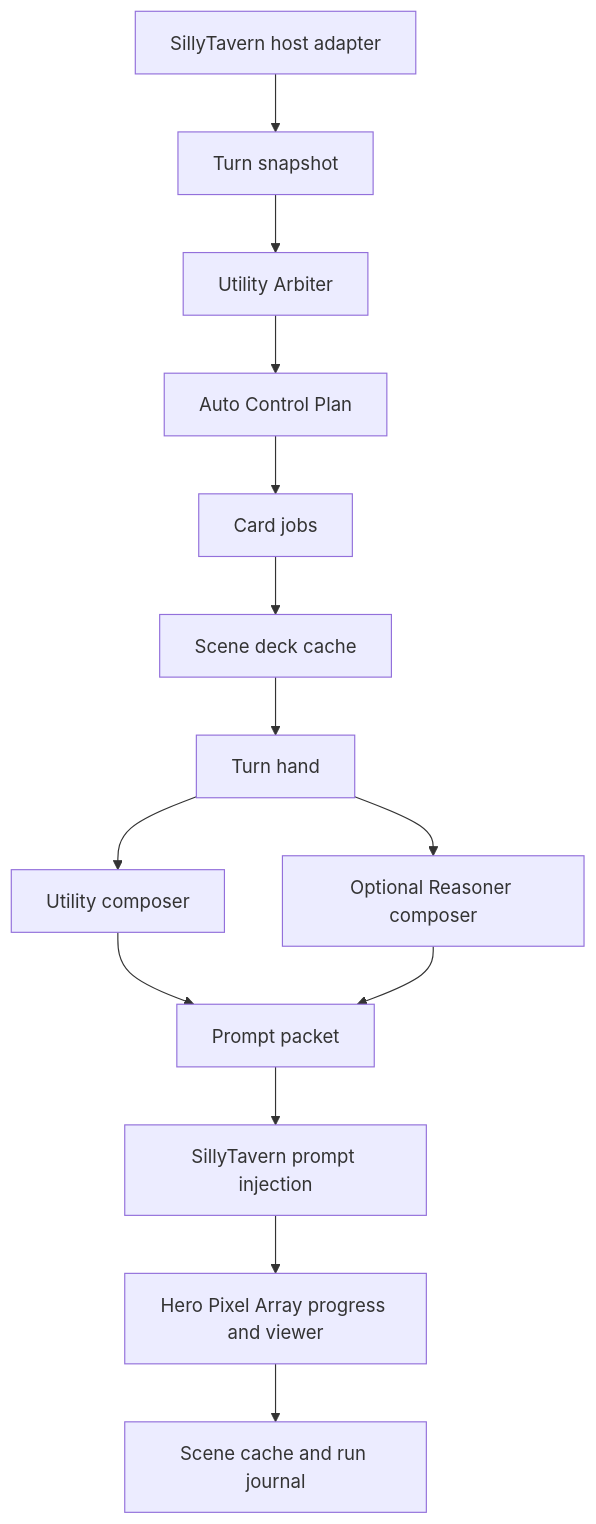
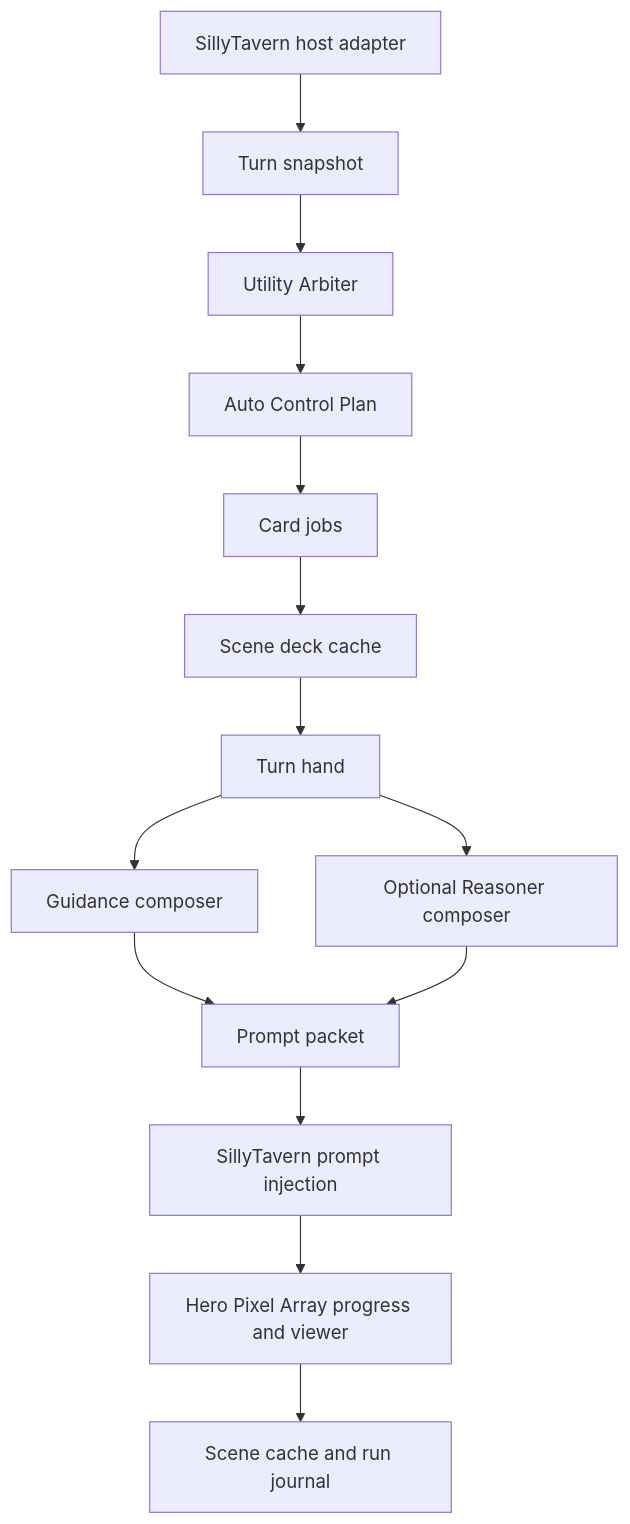
Before and after one commit to MentallyQuill/Recursion: the first of 4 diagrams in docs/technical/RECURSION_TECHNICAL_MANUAL.md, drawn with Mermaid. The commit also changed other lines of this file and 39 other files, not shown here.

````diff
--- a/docs/technical/RECURSION_TECHNICAL_MANUAL.md
+++ b/docs/technical/RECURSION_TECHNICAL_MANUAL.md
@@ -13,16 +13,16 @@
 ```mermaid
 flowchart TD
     Host["SillyTavern host adapter"] --> Snapshot["Turn snapshot"]
     Snapshot --> Arbiter["Utility Arbiter"]
     Arbiter --> Plan["Auto Control Plan"]
     Plan --> Jobs["Card jobs"]
     Jobs --> Deck["Scene deck cache"]
     Deck --> Hand["Turn hand"]
-    Hand --> Composer["Utility composer"]
+    Hand --> Composer["Guidance composer"]
     Hand --> Reasoner["Optional Reasoner composer"]
     Composer --> Packet["Prompt packet"]
     Reasoner --> Packet
     Packet --> Inject["SillyTavern prompt injection"]
     Inject --> Activity["Hero Pixel Array progress and viewer"]
     Activity --> Storage["Scene cache and run journal"]
 ```
````
